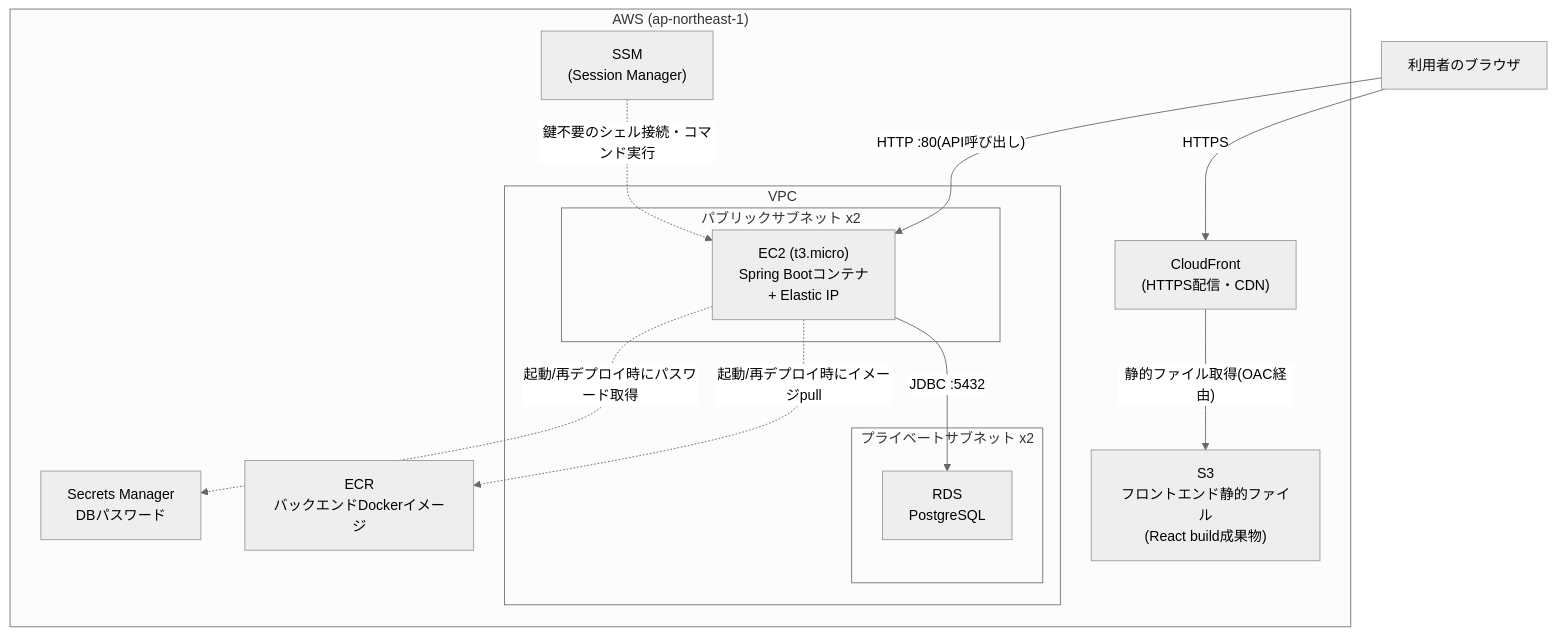
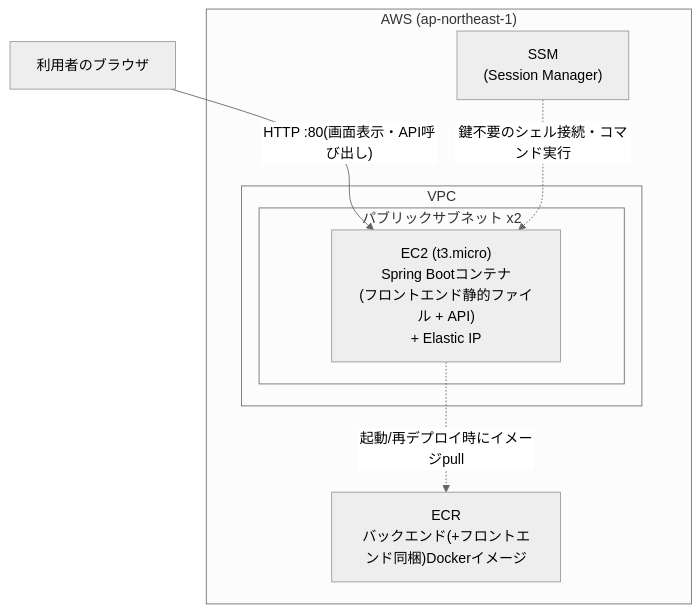
The diagram in docs/deployment/03-architecture.md (simizuryo/trello-clone), drawn with Mermaid (neutral theme) before and after one commit. The commit also changed other lines of this file and 13 other files, not shown here.

````diff
--- a/docs/deployment/03-architecture.md
+++ b/docs/deployment/03-architecture.md
@@ -5,30 +15,19 @@
 ```mermaid
 flowchart TB
     User["利用者のブラウザ"]
 
     subgraph AWS["AWS (ap-northeast-1)"]
-        CF["CloudFront\n(HTTPS配信・CDN)"]
-        S3["S3\nフロントエンド静的ファイル\n(React build成果物)"]
-
         subgraph VPC["VPC"]
             subgraph Public["パブリックサブネット x2"]
-                EC2["EC2 (t3.micro)\nSpring Bootコンテナ\n+ Elastic IP"]
-            end
-            subgraph Private["プライベートサブネット x2"]
-                RDS["RDS\nPostgreSQL"]
+                EC2["EC2 (t3.micro)\nSpring Bootコンテナ\n(フロントエンド静的ファイル + API)\n+ Elastic IP"]
             end
         end
 
-        ECR["ECR\nバックエンドDockerイメージ"]
-        SM["Secrets Manager\nDBパスワード"]
+        ECR["ECR\nバックエンド(+フロントエンド同梱)Dockerイメージ"]
         SSMSVC["SSM\n(Session Manager)"]
     end
 
-    User -- "HTTPS" --> CF
-    CF -- "静的ファイル取得(OAC経由)" --> S3
-    User -- "HTTP :80(API呼び出し)" --> EC2
-    EC2 -- "JDBC :5432" --> RDS
+    User -- "HTTP :80(画面表示・API呼び出し)" --> EC2
     EC2 -. "起動/再デプロイ時にイメージpull" .-> ECR
-    EC2 -. "起動/再デプロイ時にパスワード取得" .-> SM
     SSMSVC -. "鍵不要のシェル接続・コマンド実行" .-> EC2
 ```
````
